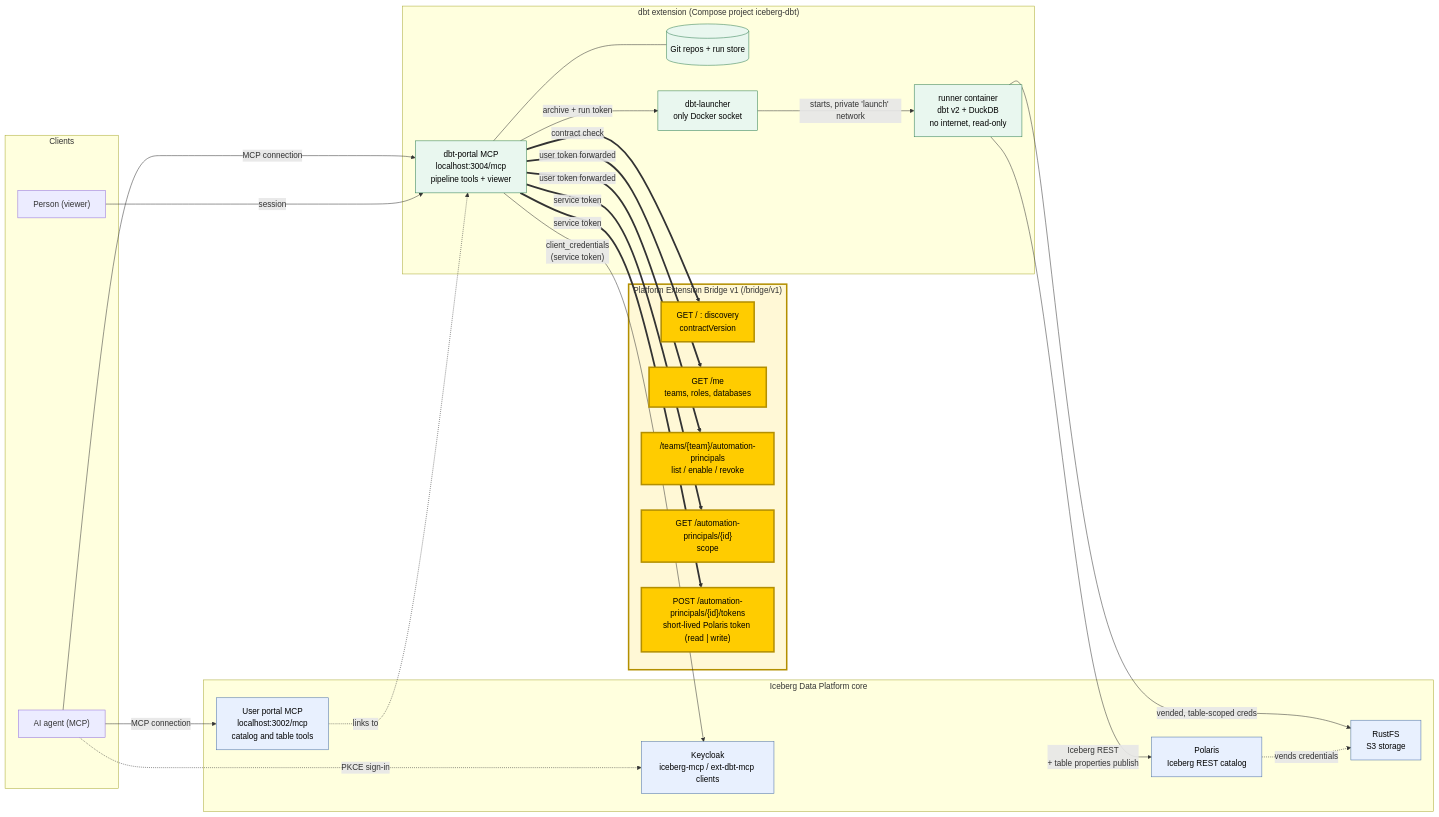
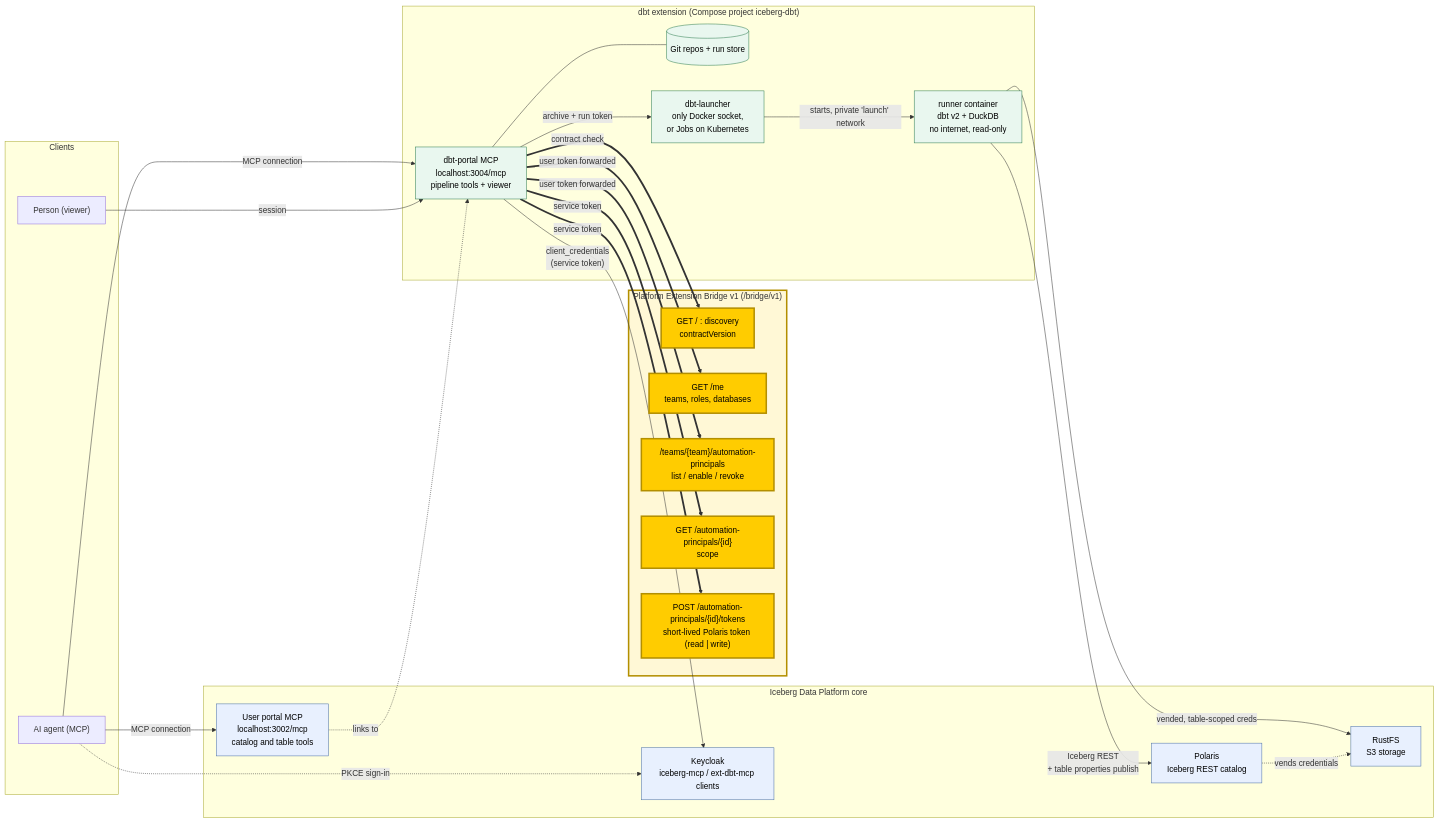
One commit to sanderdw/iceberg-data-platform changed the first of 2 diagrams in docs/develop/dbt.md. Above: the diagram before and after it, drawn with Mermaid. The commit also changed other lines of this file and 238 other files, not shown here.

````diff
--- a/docs/develop/dbt.md
+++ b/docs/develop/dbt.md
@@ -16,57 +16,57 @@
 ```mermaid
 flowchart LR
     subgraph Clients["Clients"]
         Agent["AI agent (MCP)"]
         Browser["Person (viewer)"]
     end
 
     subgraph Core["Iceberg Data Platform core"]
       KC["Keycloak<br/>iceberg-mcp / ext-dbt-mcp clients"]
         Polaris["Polaris<br/>Iceberg REST catalog"]
         S3["RustFS<br/>S3 storage"]
       Portal["User portal MCP<br/>localhost:3002/mcp<br/>catalog and table tools"]
     end
 
     subgraph Bridge["Platform Extension Bridge v1 (/bridge/v1)"]
       Disc["GET / : discovery<br/>contractVersion"]
       Me["GET /me<br/>teams, roles, databases"]
       AP["/teams/{team}/automation-principals<br/>list / enable / revoke"]
       Scope["GET /automation-principals/{id}<br/>scope"]
       Tok["POST /automation-principals/{id}/tokens<br/>short-lived Polaris token (read | write)"]
     end
 
     subgraph Dbt["dbt extension (Compose project iceberg-dbt)"]
       DP["dbt-portal MCP<br/>localhost:3004/mcp<br/>pipeline tools + viewer"]
         Git[("Git repos + run store")]
-        L["dbt-launcher<br/>only Docker socket"]
+        L["dbt-launcher<br/>only Docker socket,<br/>or Jobs on Kubernetes"]
         R["runner container<br/>dbt v2 + DuckDB<br/>no internet, read-only"]
     end
 
     Agent -- "MCP connection" --> Portal
     Agent -- "MCP connection" --> DP
     Browser -- "session" --> DP
     Portal -. "links to" .-> DP
     Agent -. "PKCE sign-in" .-> KC
 
     DP -- "client_credentials<br/>(service token)" --> KC
     DP == "user token forwarded" ==> Me
     DP == "user token forwarded" ==> AP
     DP == "contract check" ==> Disc
     DP == "service token" ==> Scope
     DP == "service token" ==> Tok
     DP --- Git
 
     DP -- "archive + run token" --> L
     L -- "starts, private 'launch' network" --> R
     R -- "Iceberg REST<br/>+ table properties publish" --> Polaris
     R -- "vended, table-scoped creds" --> S3
     Polaris -. "vends credentials" .-> S3
 
     classDef bridge fill:#ffcc00,stroke:#b38f00,stroke-width:3px,color:#000
     classDef core fill:#e8f0fe,stroke:#4a6fa5,color:#000
     classDef dbt fill:#e9f7ef,stroke:#2e7d4f,color:#000
     class Disc,Me,AP,Scope,Tok bridge
     class KC,Polaris,S3,Portal core
     class DP,Git,L,R dbt
     style Bridge fill:#fff8d6,stroke:#b38f00,stroke-width:3px
 ```
````
